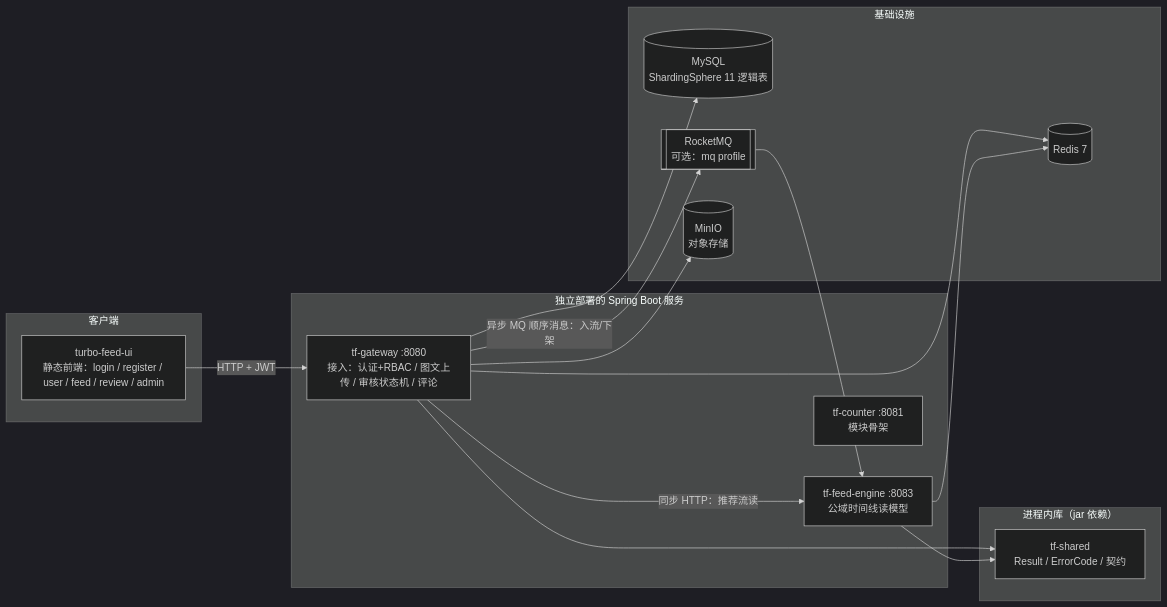
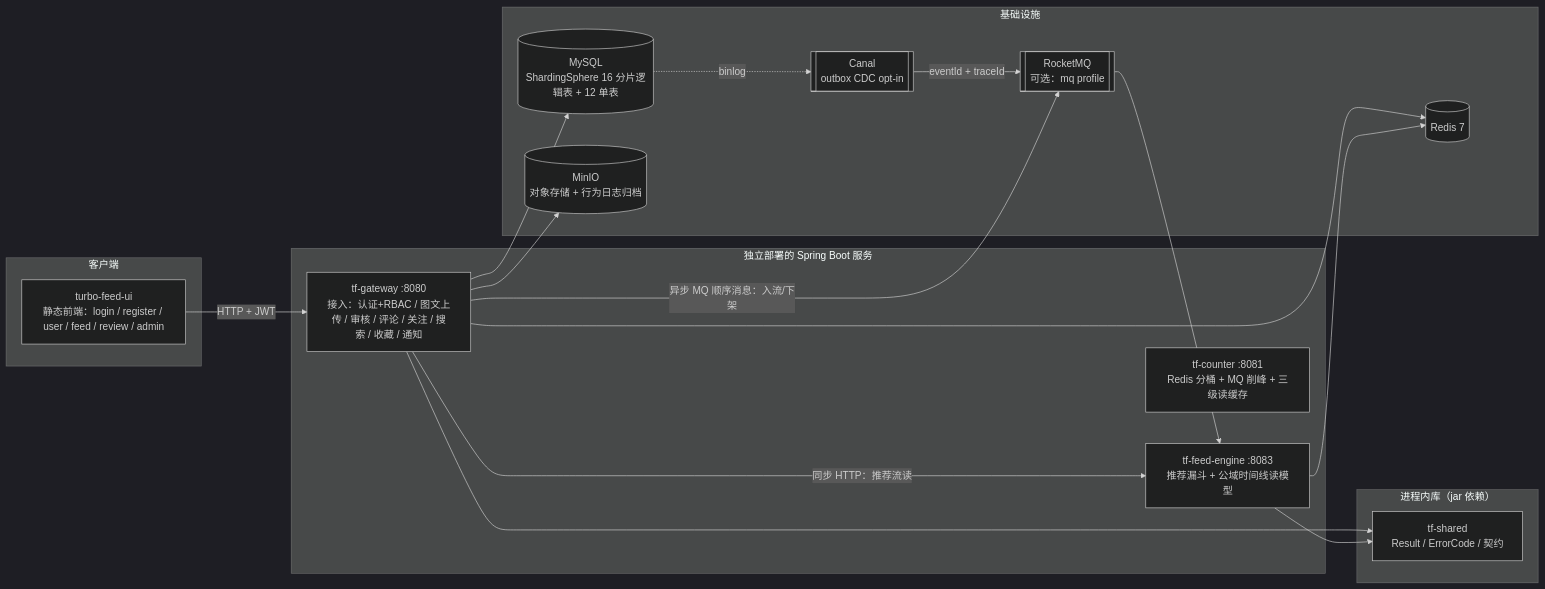
Before and after one commit to dafei-code/turbo-feed: the diagram in docs/architecture/overview.md, drawn with Mermaid (dark theme). The commit also changed other lines of this file and 11 other files, not shown here.

````diff
--- a/docs/architecture/overview.md
+++ b/docs/architecture/overview.md
@@ -10,32 +9,35 @@
 ```mermaid
 flowchart LR
     subgraph clients[客户端]
         UI[turbo-feed-ui<br/>静态前端：login / register / user / feed / review / admin]
     end
 
     subgraph services[独立部署的 Spring Boot 服务]
-        GW[tf-gateway :8080<br/>接入：认证+RBAC / 图文上传 / 审核状态机 / 评论]
-        FE[tf-feed-engine :8083<br/>公域时间线读模型]
-        CT[tf-counter :8081<br/>模块骨架]
+        GW[tf-gateway :8080<br/>接入：认证+RBAC / 图文上传 / 审核 / 评论 / 关注 / 搜索 / 收藏 / 通知]
+        FE[tf-feed-engine :8083<br/>推荐漏斗 + 公域时间线读模型]
+        CT[tf-counter :8081<br/>Redis 分桶 + MQ 削峰 + 三级读缓存]
     end
 
     subgraph infra[基础设施]
-        DB[(MySQL<br/>ShardingSphere 11 逻辑表)]
+        DB[(MySQL<br/>ShardingSphere 16 分片逻辑表 + 12 单表)]
         RD[(Redis 7)]
         MQ[[RocketMQ<br/>可选：mq profile]]
-        OS[(MinIO<br/>对象存储)]
+        CDC[[Canal<br/>outbox CDC opt-in]]
+        OS[(MinIO<br/>对象存储 + 行为日志归档)]
     end
 
     subgraph libs[进程内库（jar 依赖）]
         SH[tf-shared<br/>Result / ErrorCode / 契约]
     end
 
     UI -->|HTTP + JWT| GW
     GW -->|同步 HTTP：推荐流读| FE
     GW -->|异步 MQ 顺序消息：入流/下架| MQ
     MQ --> FE
+    DB -.->|binlog| CDC
+    CDC -->|eventId + traceId| MQ
     GW --> DB
     GW & FE --> RD
     GW --> OS
     GW & FE --> SH
 ```
````
